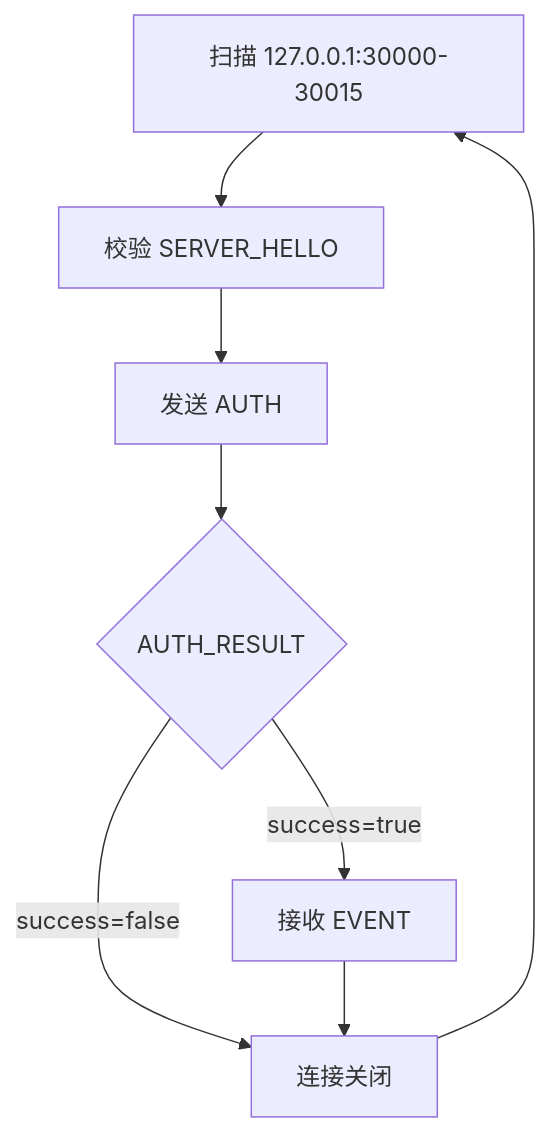
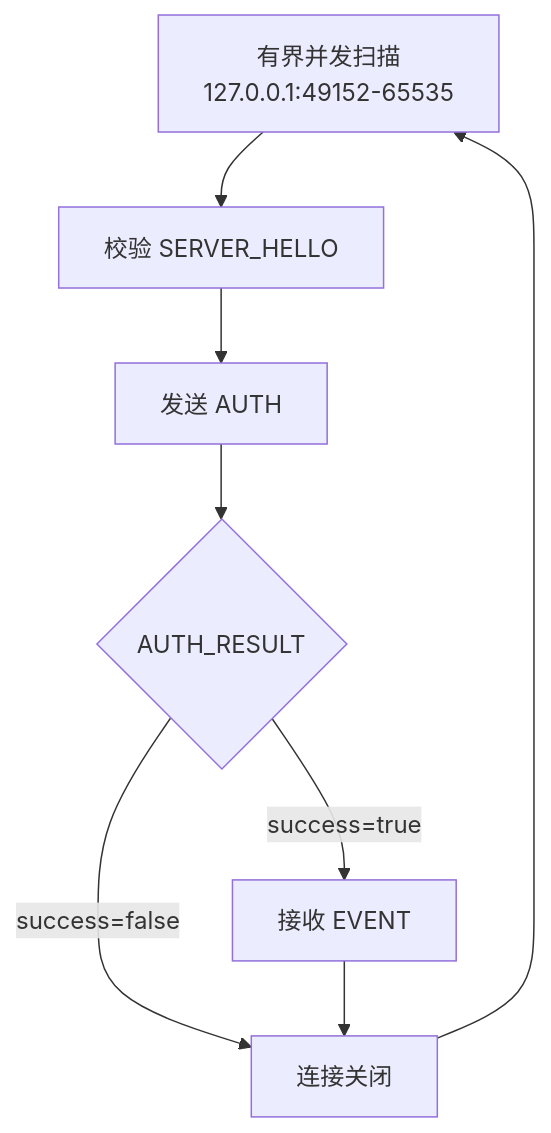
Before and after one commit to liangpeiran-bit/tiktok-live-studio-local-data-access: the second of 2 diagrams in docs/zh/guide/architecture.md, drawn with Mermaid. The commit also changed other lines of this file and 18 other files, not shown here.

````diff
--- a/docs/zh/guide/architecture.md
+++ b/docs/zh/guide/architecture.md
@@ -21,17 +21,17 @@
 ```mermaid
 flowchart TD
-  Scan[扫描 127.0.0.1:30000-30015]
+  Scan[有界并发扫描<br/>127.0.0.1:49152-65535]
   Hello[校验 SERVER_HELLO]
   Auth[发送 AUTH]
   Result{AUTH_RESULT}
   Events[接收 EVENT]
   Closed[连接关闭]
 
   Scan --> Hello
   Hello --> Auth
   Auth --> Result
   Result -->|success=true| Events
   Result -->|success=false| Closed
   Events --> Closed
   Closed --> Scan
 ```
````
